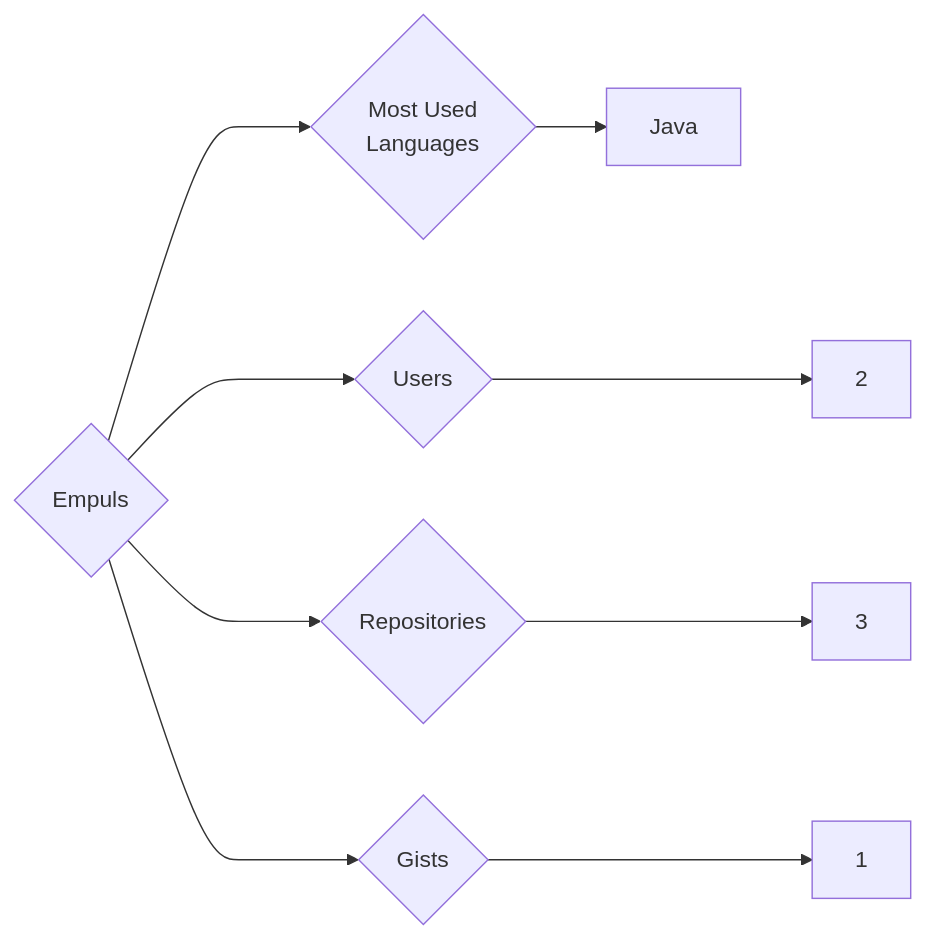
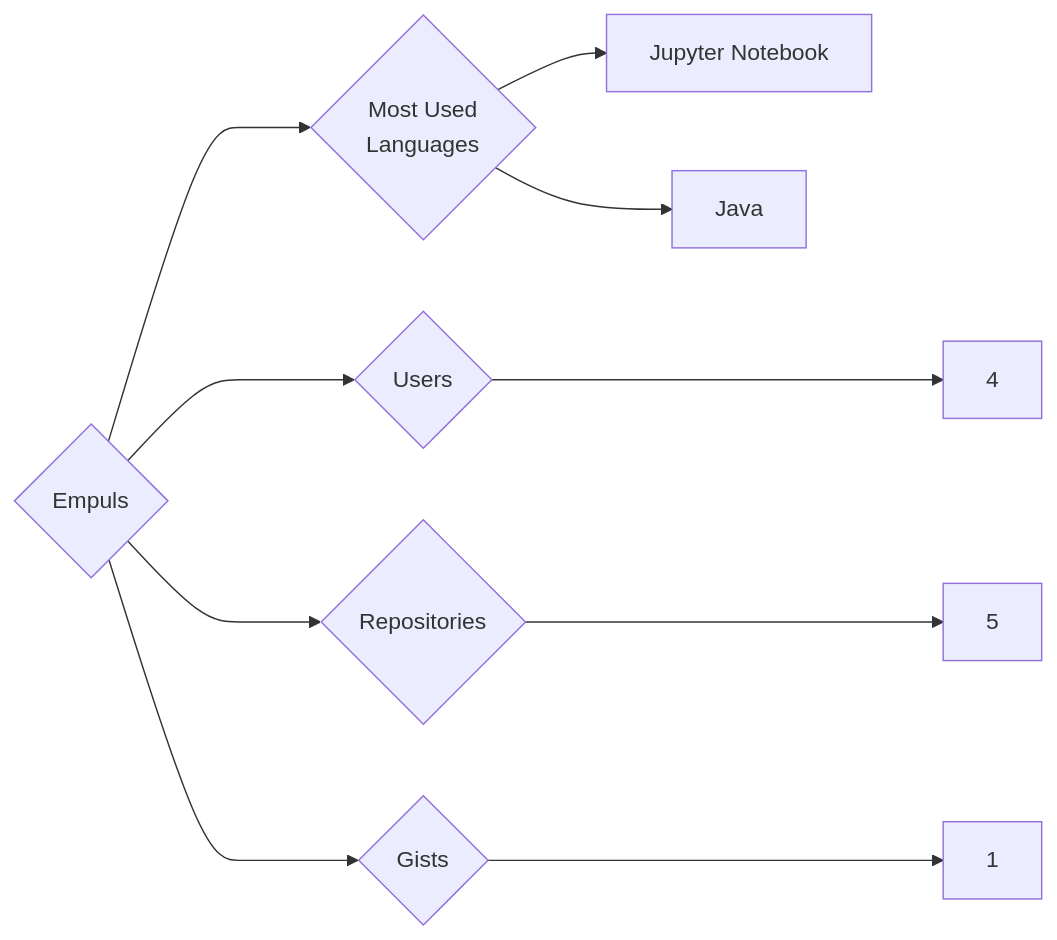
The diagram in targets/Empuls/README.md (trickest/insiders), drawn with Mermaid before and after one commit. The commit also changed 611 other files, not shown here.

````diff
--- a/targets/Empuls/README.md
+++ b/targets/Empuls/README.md
@@ -3,9 +3,10 @@
 ```mermaid
 graph LR
 COMPANY_NAME{Empuls}
-COMPANY_NAME ---> U{Users} ---> UN[2]
-COMPANY_NAME ---> R{Repositories} ---> RN[3]
+COMPANY_NAME ---> U{Users} ---> UN[4]
+COMPANY_NAME ---> R{Repositories} ---> RN[5]
 COMPANY_NAME ---> G{Gists} ---> GN[1]
 COMPANY_NAME ---> ML{Most Used<br>Languages}
+ML --> Jupyter_Notebook[Jupyter Notebook]
 ML --> Java[Java]
 ```
````
